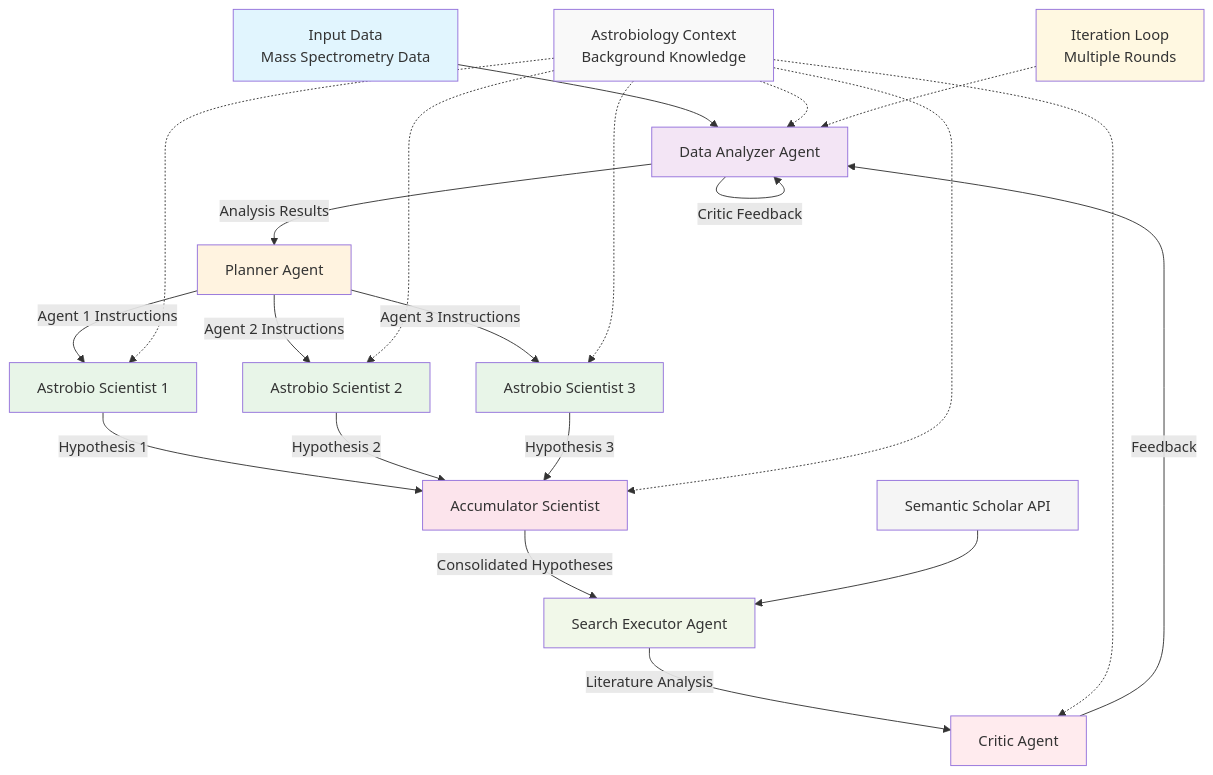
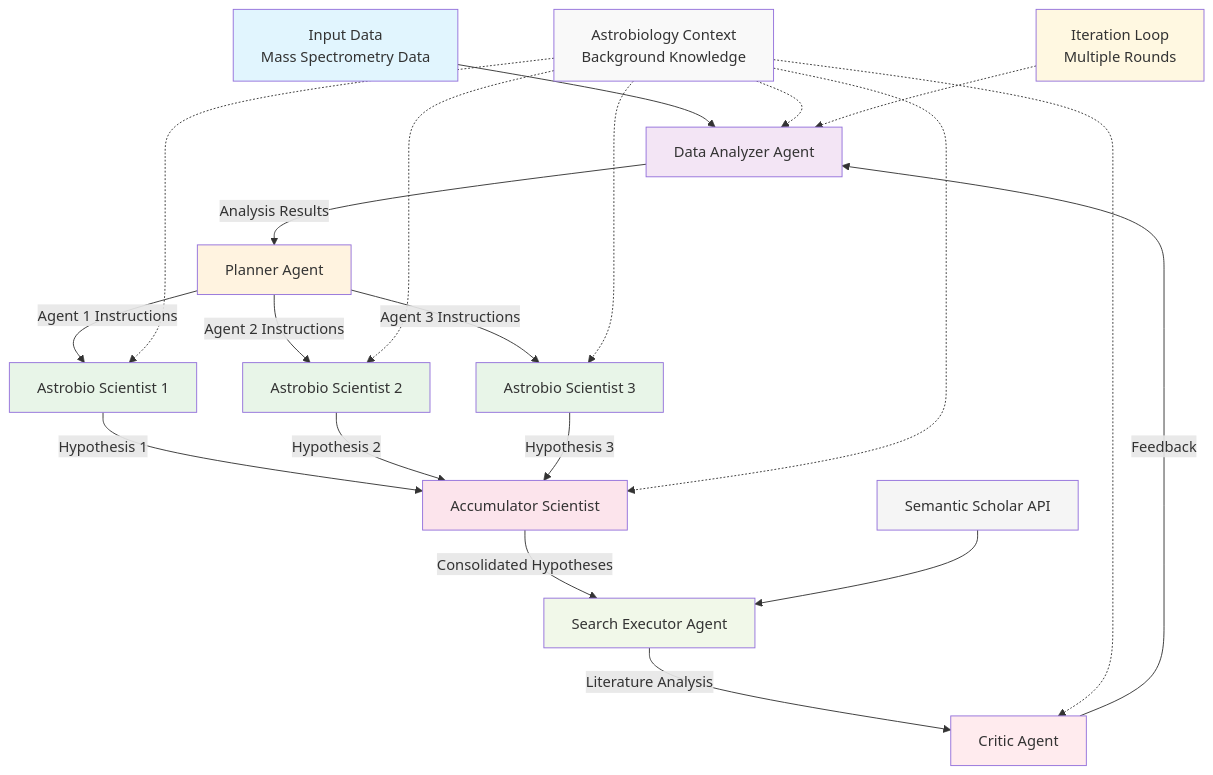
The first of 2 diagrams in agents-flow.md (leijgao/AstroAgents), drawn with Mermaid before and after one commit.

Commit message:
fix flow error

````diff
--- a/agents-flow.md
+++ b/agents-flow.md
@@ -11,42 +11,41 @@
 ```mermaid
 flowchart TD
     A[Input Data<br/>Mass Spectrometry Data] --> B[Data Analyzer Agent]
     B --> |Analysis Results| C[Planner Agent]
-    B --> |Critic Feedback| B
     
     C --> |Agent 1 Instructions| D[Astrobio Scientist 1]
     C --> |Agent 2 Instructions| E[Astrobio Scientist 2] 
     C --> |Agent 3 Instructions| F[Astrobio Scientist 3]
     
     D --> |Hypothesis 1| G[Accumulator Scientist]
     E --> |Hypothesis 2| G
     F --> |Hypothesis 3| G
     
     G --> |Consolidated Hypotheses| H[Search Executor Agent]
     H --> |Literature Analysis| I[Critic Agent]
     
     I --> |Feedback| B
     
     J[Semantic Scholar API] --> H
     K[Astrobiology Context<br/>Background Knowledge] -.-> B
     K -.-> D
     K -.-> E  
     K -.-> F
     K -.-> G
     K -.-> I
     
     L[Iteration Loop<br/>Multiple Rounds] -.-> B
     
     style A fill:#e1f5fe
     style B fill:#f3e5f5
     style C fill:#fff3e0
     style D fill:#e8f5e8
     style E fill:#e8f5e8
     style F fill:#e8f5e8
     style G fill:#fce4ec
     style H fill:#f1f8e9
     style I fill:#ffebee
     style J fill:#f5f5f5
     style K fill:#f9f9f9
     style L fill:#fff8e1
 ```
````
